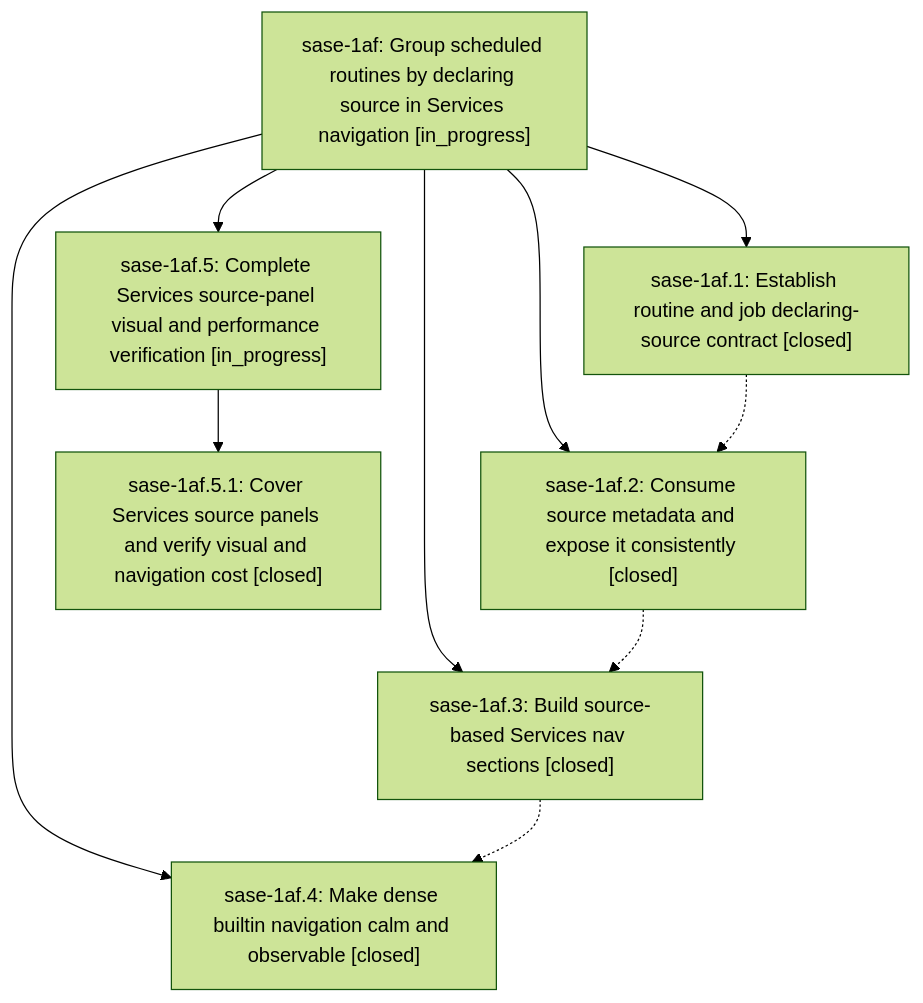
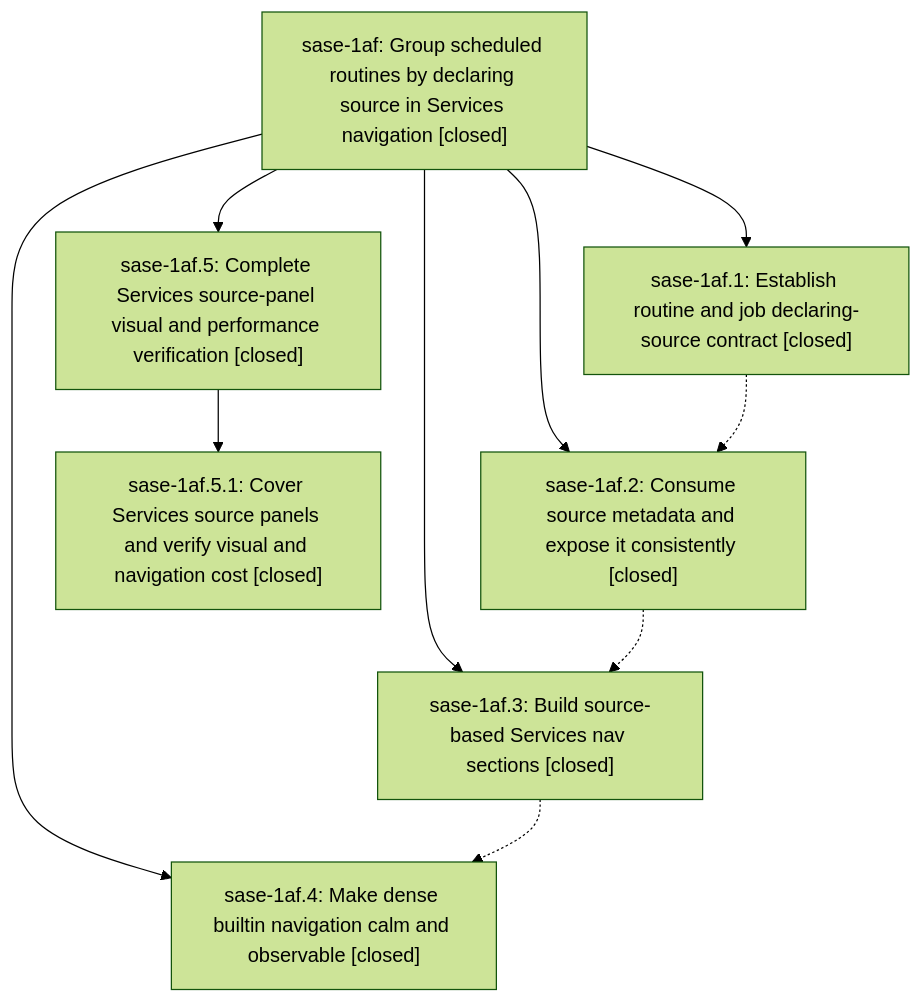
The diagram in pages/sase-1af/README.md (sase-org/sase--beads), drawn with Mermaid (forest theme) before and after one commit. The commit also changed other lines of this file and 2 other files, not shown here.

First line of the commit message:
chore(beads): sync bead state and pages for sase-1af

````diff
--- a/pages/sase-1af/README.md
+++ b/pages/sase-1af/README.md
@@ -29,19 +35,19 @@
 ```mermaid
 flowchart TD
-    n0["sase-1af: Group scheduled routines by declaring source in Services navigation [in_progress]"]
+    n0["sase-1af: Group scheduled routines by declaring source in Services navigation [closed]"]
     n1["sase-1af.1: Establish routine and job declaring-source contract [closed]"]
     n2["sase-1af.2: Consume source metadata and expose it consistently [closed]"]
     n3["sase-1af.3: Build source-based Services nav sections [closed]"]
     n4["sase-1af.4: Make dense builtin navigation calm and observable [closed]"]
-    n5["sase-1af.5: Complete Services source-panel visual and performance verification [in_progress]"]
+    n5["sase-1af.5: Complete Services source-panel visual and performance verification [closed]"]
     n6["sase-1af.5.1: Cover Services source panels and verify visual and navigation cost [closed]"]
     n0 --> n1
     n0 --> n2
     n0 --> n3
     n0 --> n4
     n0 --> n5
     n5 --> n6
     n1 -.-> n2
     n2 -.-> n3
     n3 -.-> n4
 ```
````
